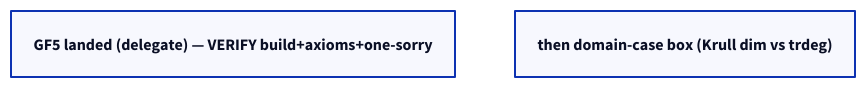
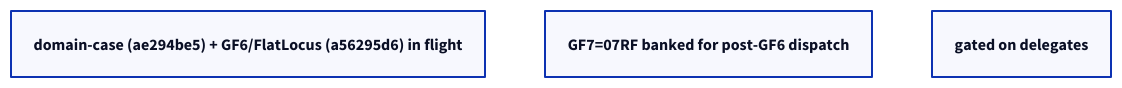
Before and after one commit to CBirkbeck/AINTLIB: the diagram in projects/ModularCurves/.mathlib-quality/beastmode_active.D2, drawn with D2. The commit also changed 4 other files, not shown here.

```diff
--- a/projects/ModularCurves/.mathlib-quality/beastmode_active.D2
+++ b/projects/ModularCurves/.mathlib-quality/beastmode_active.D2
@@ -1,1 +1,1 @@
-FOCUS: GF5 landed (delegate) — VERIFY build+axioms+one-sorry; then domain-case box (Krull dim vs trdeg)
+FOCUS: domain-case (ae294be5) + GF6/FlatLocus (a56295d6) in flight; GF7=07RF banked for post-GF6 dispatch; gated on delegates
```
